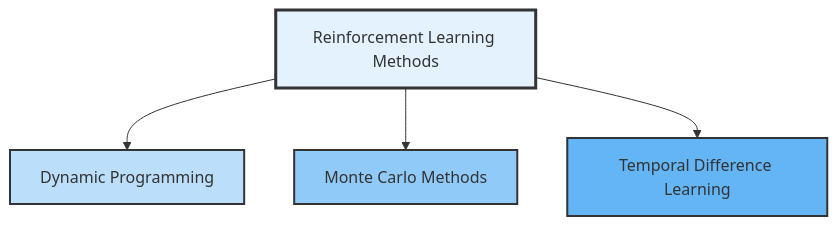
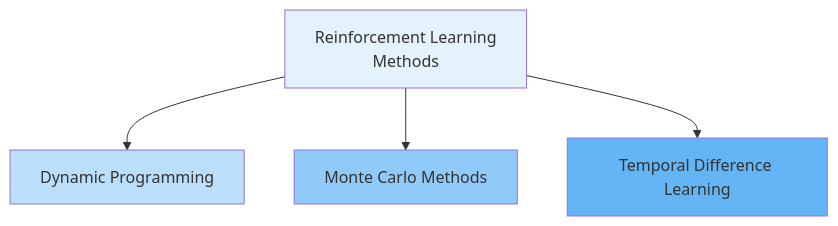
One commit to Chaklader/DPRL-Value-based-methods changed the first of 5 diagrams in C_2.md. Above: the diagram before and after it, drawn with Mermaid. The commit also changed other lines of this file, not shown here.

````diff
--- a/C_2.md
+++ b/C_2.md
@@ -31,11 +31,11 @@
 ```mermaid
 graph TD
-    A["Reinforcement Learning Methods"] --> B["Dynamic Programming"]
+    A["Reinforcement Learning <br>Methods"] --> B["Dynamic Programming"]
     A --> C["Monte Carlo Methods"]
     A --> D["Temporal Difference Learning"]
 
-    style A fill:#E3F2FD,stroke:#333,stroke-width:3px
-    style B fill:#BBDEFB,stroke:#333,stroke-width:2px
-    style C fill:#90CAF9,stroke:#333,stroke-width:2px
-    style D fill:#64B5F6,stroke:#333,stroke-width:2px
+    style A fill:#E3F2FD
+    style B fill:#BBDEFB
+    style C fill:#90CAF9
+    style D fill:#64B5F6
 ```
````
